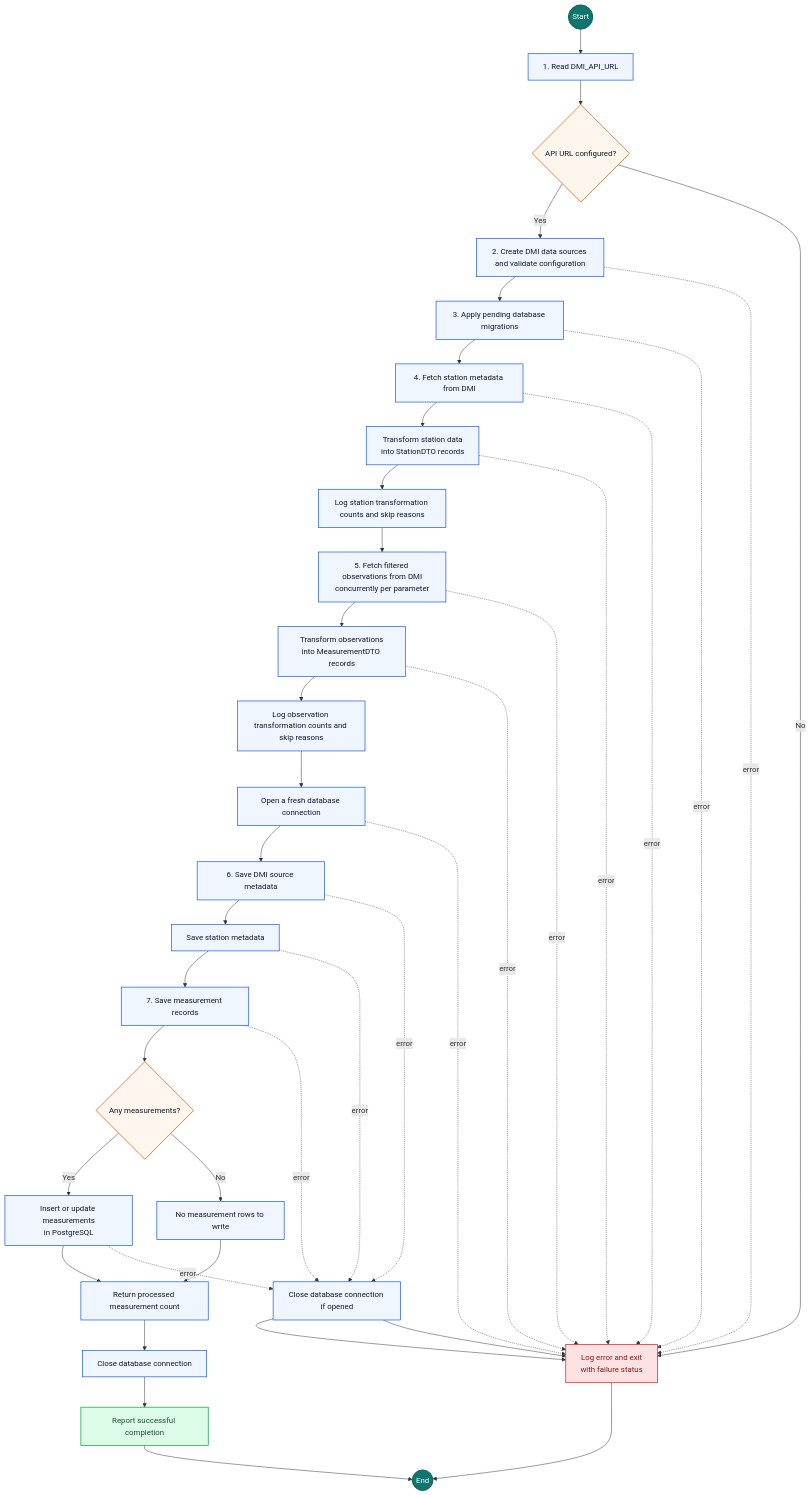
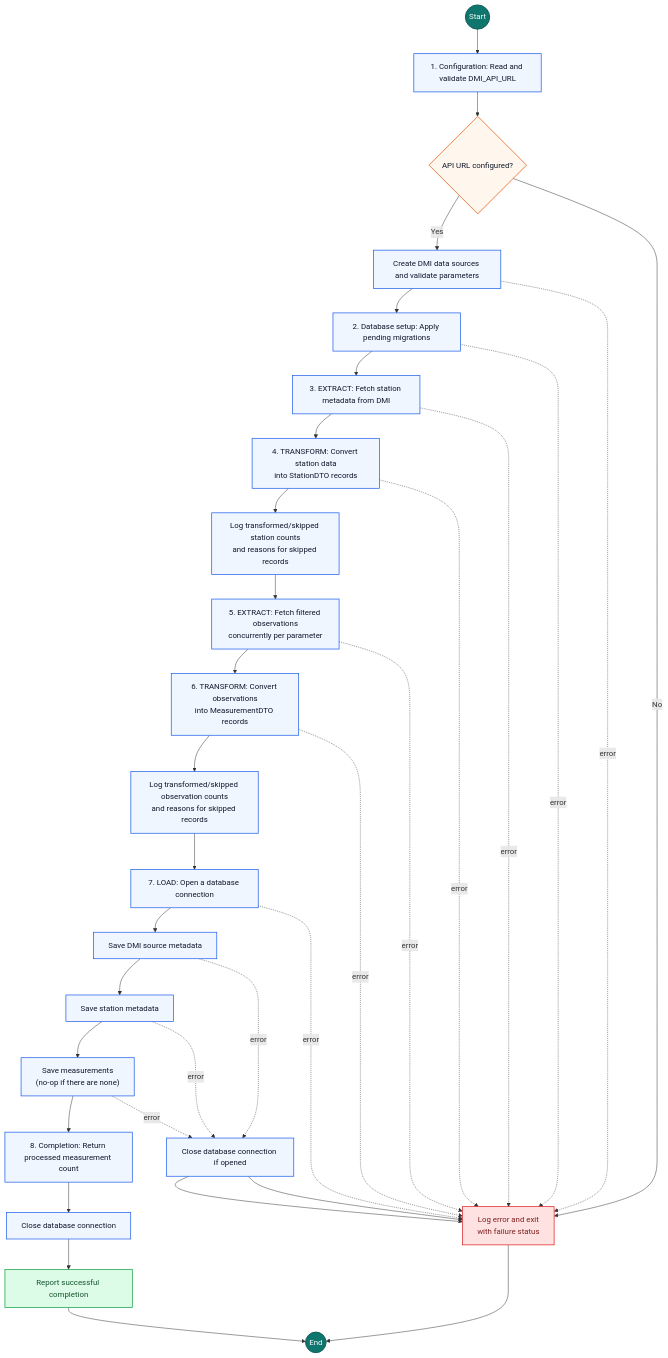
The third of 4 diagrams in README.md (mielouise/environment_data_project), drawn with Mermaid before and after one commit. The commit also changed other lines of this file and 4 other files, not shown here.

````diff
--- a/README.md
+++ b/README.md
@@ -483,63 +453,57 @@
 ```mermaid
 flowchart TD
     Start((Start))
-    ReadURL["1. Read DMI_API_URL"]
+    ReadURL["1. Configuration: Read and validate DMI_API_URL"]
     HasURL{"API URL configured?"}
-    BuildSource["2. Create DMI data sources and validate configuration"]
-    InitSchema["3. Apply pending database migrations"]
-    FetchStations["4. Fetch station metadata from DMI"]
-    Fetch["5. Fetch filtered observations from DMI<br/>concurrently per parameter"]
-    TransformStations["Transform station data<br/>into StationDTO records"]
-    Transform["Transform observations<br/>into MeasurementDTO records"]
-    ReportStationSkips["Log station transformation counts and skip reasons"]
-    ReportObservationSkips["Log observation transformation counts and skip reasons"]
-    Connect["Open a fresh database connection"]
-    SaveSource["6. Save DMI source metadata"]
+    BuildSource["Create DMI data sources and validate parameters"]
+    InitSchema["2. Database setup: Apply pending migrations"]
+    FetchStations["3. EXTRACT: Fetch station metadata from DMI"]
+    TransformStations["4. TRANSFORM: Convert station data<br/>into StationDTO records"]
+    Fetch["5. EXTRACT: Fetch filtered observations<br/>concurrently per parameter"]
+    Transform["6. TRANSFORM: Convert observations<br/>into MeasurementDTO records"]
+    ReportStationSkips["Log transformed/skipped station counts<br/>and reasons for skipped records"]
+    ReportObservationSkips["Log transformed/skipped observation counts<br/>and reasons for skipped records"]
+    Connect["7. LOAD: Open a database connection"]
+    SaveSource["Save DMI source metadata"]
     SaveStations["Save station metadata"]
-    SaveMeasurements["7. Save measurement records"]
-    HasRecords{"Any measurements?"}
-    WriteRecords["Insert or update measurements<br/>in PostgreSQL"]
-    NoRecords["No measurement rows to write"]
-    Count["Return processed measurement count"]
+    SaveMeasurements["Save measurements<br/>(no-op if there are none)"]
+    Count["8. Completion: Return processed measurement count"]
     ReportSuccess["Report successful completion"]
     ReportFailure["Log error and exit<br/>with failure status"]
     Cleanup["Close database connection"]
     FailureCleanup["Close database connection if opened"]
     End((End))
 
     Start --> ReadURL --> HasURL
     HasURL -->|Yes| BuildSource --> InitSchema --> FetchStations
     FetchStations --> TransformStations --> ReportStationSkips --> Fetch
     Fetch --> Transform --> ReportObservationSkips --> Connect --> SaveSource
-    SaveSource --> SaveStations --> SaveMeasurements --> HasRecords
-    HasRecords -->|Yes| WriteRecords --> Count
-    HasRecords -->|No| NoRecords --> Count
+    SaveSource --> SaveStations --> SaveMeasurements --> Count
     Count --> Cleanup --> ReportSuccess --> End
     HasURL -->|No| ReportFailure
     ReportFailure --> End
 
     BuildSource -. error .-> ReportFailure
     InitSchema -. error .-> ReportFailure
     FetchStations -. error .-> ReportFailure
     Fetch -. error .-> ReportFailure
     TransformStations -. error .-> ReportFailure
     Transform -. error .-> ReportFailure
     Connect -. error .-> ReportFailure
     SaveSource -. error .-> FailureCleanup --> ReportFailure
     SaveStations -. error .-> FailureCleanup
     SaveMeasurements -. error .-> FailureCleanup
-    WriteRecords -. error .-> FailureCleanup
     FailureCleanup --> ReportFailure
 
     classDef terminal fill:#0f766e,color:#ffffff,stroke:#115e59,stroke-width:2px
     classDef action fill:#eff6ff,color:#0f172a,stroke:#2563eb,stroke-width:1.5px
     classDef decision fill:#fff7ed,color:#0f172a,stroke:#ea580c,stroke-width:1.5px
     classDef success fill:#dcfce7,color:#14532d,stroke:#16a34a,stroke-width:1.5px
     classDef failure fill:#fee2e2,color:#7f1d1d,stroke:#dc2626,stroke-width:1.5px
 
     class Start,End terminal
-    class InitSchema,ReadURL,BuildSource,Connect,Fetch,Transform,TransformStations,FetchStations,ReportStationSkips,ReportObservationSkips,SaveSource,SaveStations,SaveMeasurements,WriteRecords,NoRecords,Count,Cleanup,FailureCleanup action
-    class HasURL,HasRecords decision
+    class InitSchema,ReadURL,BuildSource,Connect,Fetch,Transform,TransformStations,FetchStations,ReportStationSkips,ReportObservationSkips,SaveSource,SaveStations,SaveMeasurements,Count,Cleanup,FailureCleanup action
+    class HasURL decision
     class ReportSuccess success
     class ReportFailure failure
 ```
````
